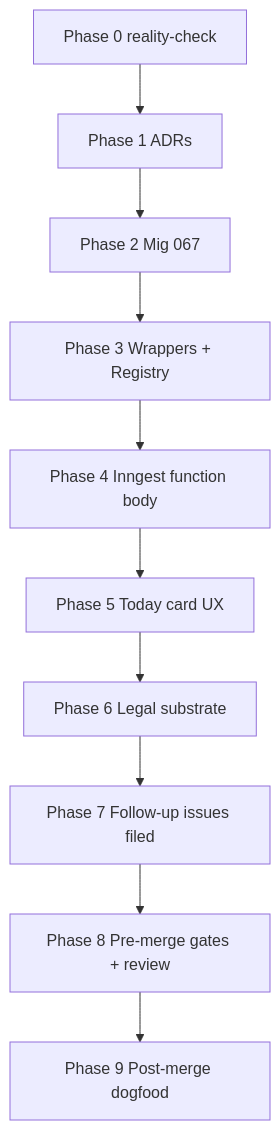
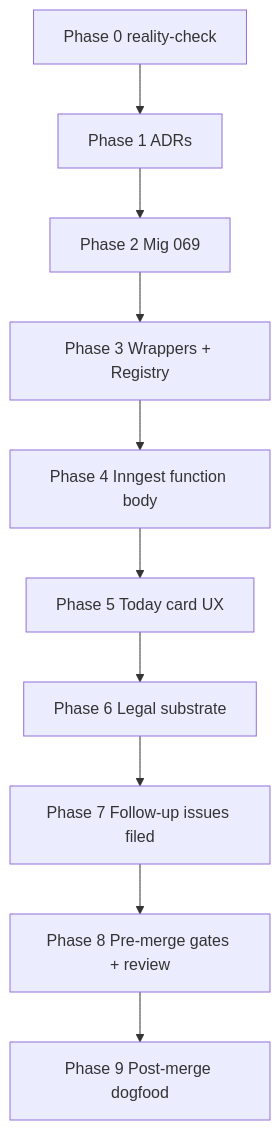
Before and after one commit to jikig-ai/soleur: the diagram in knowledge-base/project/specs/feat-4379-anthropic-leader-loop/tasks.md, drawn with Mermaid. The commit also changed other lines of this file and 13 other files, not shown here.

````diff
--- a/knowledge-base/project/specs/feat-4379-anthropic-leader-loop/tasks.md
+++ b/knowledge-base/project/specs/feat-4379-anthropic-leader-loop/tasks.md
@@ -158,12 +158,12 @@
 ```mermaid
 flowchart TD
   P0[Phase 0 reality-check] --> P1[Phase 1 ADRs]
-  P1 --> P2[Phase 2 Mig 067]
+  P1 --> P2[Phase 2 Mig 069]
   P2 --> P3[Phase 3 Wrappers + Registry]
   P3 --> P4[Phase 4 Inngest function body]
   P4 --> P5[Phase 5 Today card UX]
   P5 --> P6[Phase 6 Legal substrate]
   P6 --> P7[Phase 7 Follow-up issues filed]
   P7 --> P8[Phase 8 Pre-merge gates + review]
   P8 --> P9[Phase 9 Post-merge dogfood]
 ```
````
